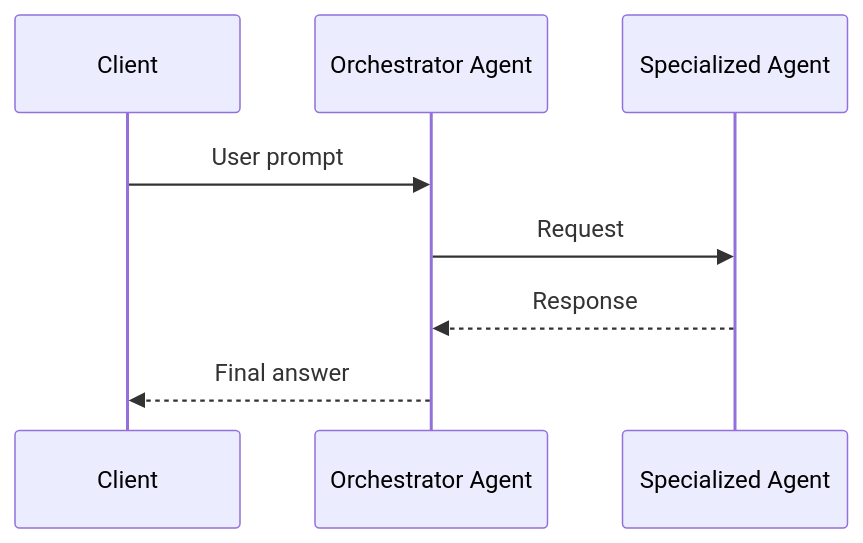
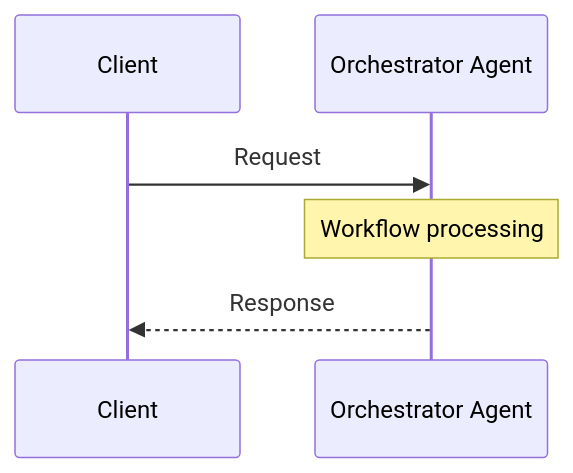
Before and after one commit to microsoft/multi-agent-reference-architecture: the first of 2 diagrams in docs/agents-communication/Request-Driven.md, drawn with Mermaid. The commit also changed other lines of this file, not shown here.

Commit message:
docs: diagrams updated and references added

````diff
--- a/docs/agents-communication/Request-Driven.md
+++ b/docs/agents-communication/Request-Driven.md
@@ -26,11 +26,9 @@
 ```mermaid
 sequenceDiagram
     participant Client
     participant Orchestrator Agent
-    participant Specialized Agent
 
-    Client->>Orchestrator Agent: User prompt
-    Orchestrator Agent->>Specialized Agent: Request
-    Specialized Agent-->>Orchestrator Agent: Response
-    Orchestrator Agent-->>Client: Final answer
+    Client->>Orchestrator Agent: Request
+    Note over Orchestrator Agent: Workflow processing
+    Orchestrator Agent-->>Client: Response
 ```
````
